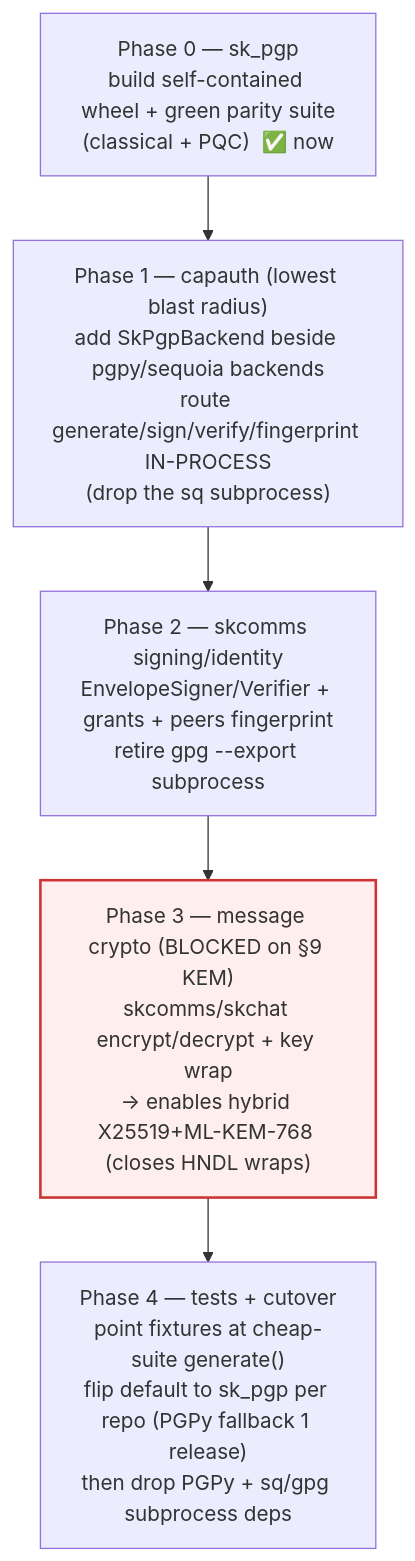
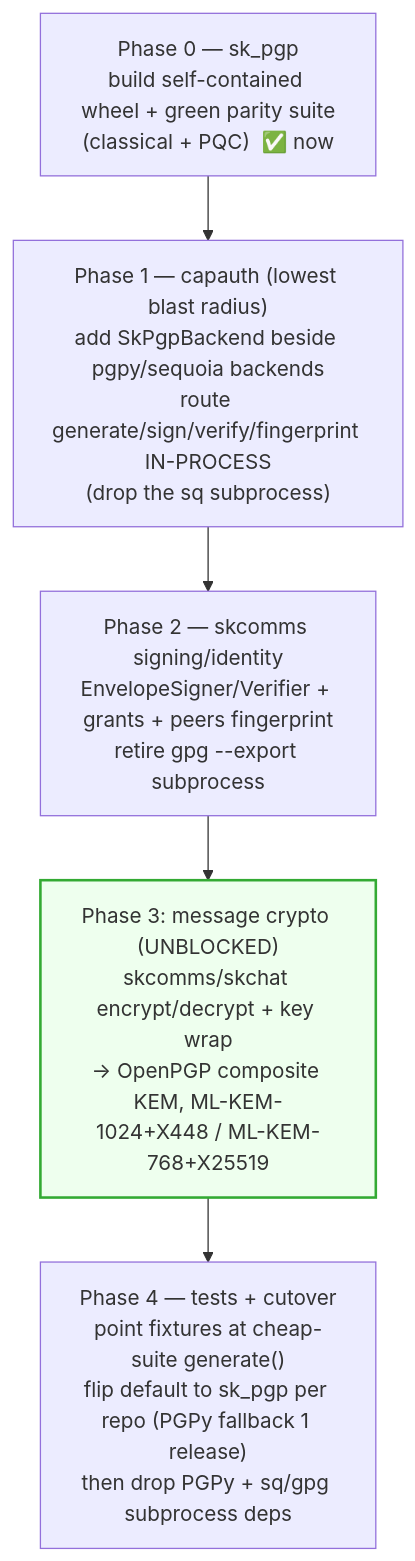
One commit to smilinTux/sk_pgp changed the sixth of 6 diagrams in SOP.md. Above: the diagram before and after it, drawn with Mermaid. The commit also changed other lines of this file and 4 other files, not shown here.

````diff
--- a/SOP.md
+++ b/SOP.md
@@ -280,11 +298,11 @@
 ```mermaid
 flowchart TD
     P0["Phase 0 — sk_pgp<br/>build self-contained wheel + green parity suite<br/>(classical + PQC)  ✅ now"]
     --> P1["Phase 1 — capauth (lowest blast radius)<br/>add SkPgpBackend beside pgpy/sequoia backends<br/>route generate/sign/verify/fingerprint IN-PROCESS<br/>(drop the sq subprocess)"]
     --> P2["Phase 2 — skcomms signing/identity<br/>EnvelopeSigner/Verifier + grants + peers fingerprint<br/>retire gpg --export subprocess"]
-    --> P3["Phase 3 — message crypto (BLOCKED on §9 KEM)<br/>skcomms/skchat encrypt/decrypt + key wrap<br/>→ enables hybrid X25519+ML-KEM-768 (closes HNDL wraps)"]
+    --> P3["Phase 3: message crypto (UNBLOCKED)<br/>skcomms/skchat encrypt/decrypt + key wrap<br/>→ OpenPGP composite KEM, ML-KEM-1024+X448 / ML-KEM-768+X25519"]
     --> P4["Phase 4 — tests + cutover<br/>point fixtures at cheap-suite generate()<br/>flip default to sk_pgp per repo (PGPy fallback 1 release)<br/>then drop PGPy + sq/gpg subprocess deps"]
 
-    classDef block fill:#fee,stroke:#c33,stroke-width:2px;
-    class P3 block;
+    classDef done fill:#efe,stroke:#3a3,stroke-width:2px;
+    class P3 done;
 ```
````
